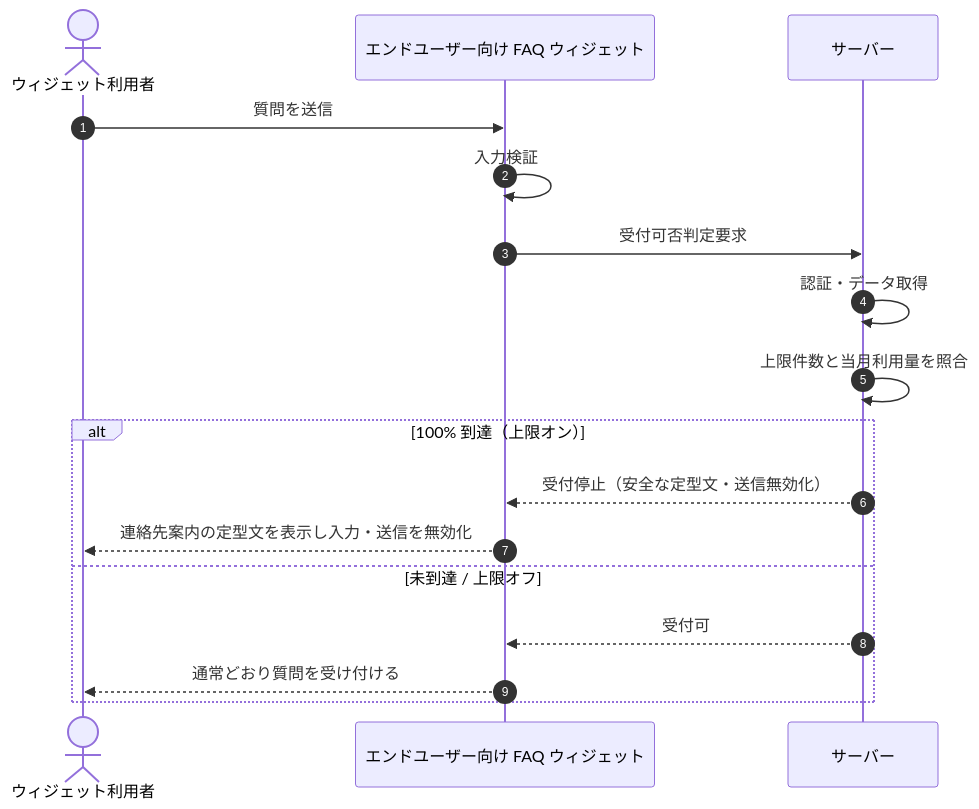
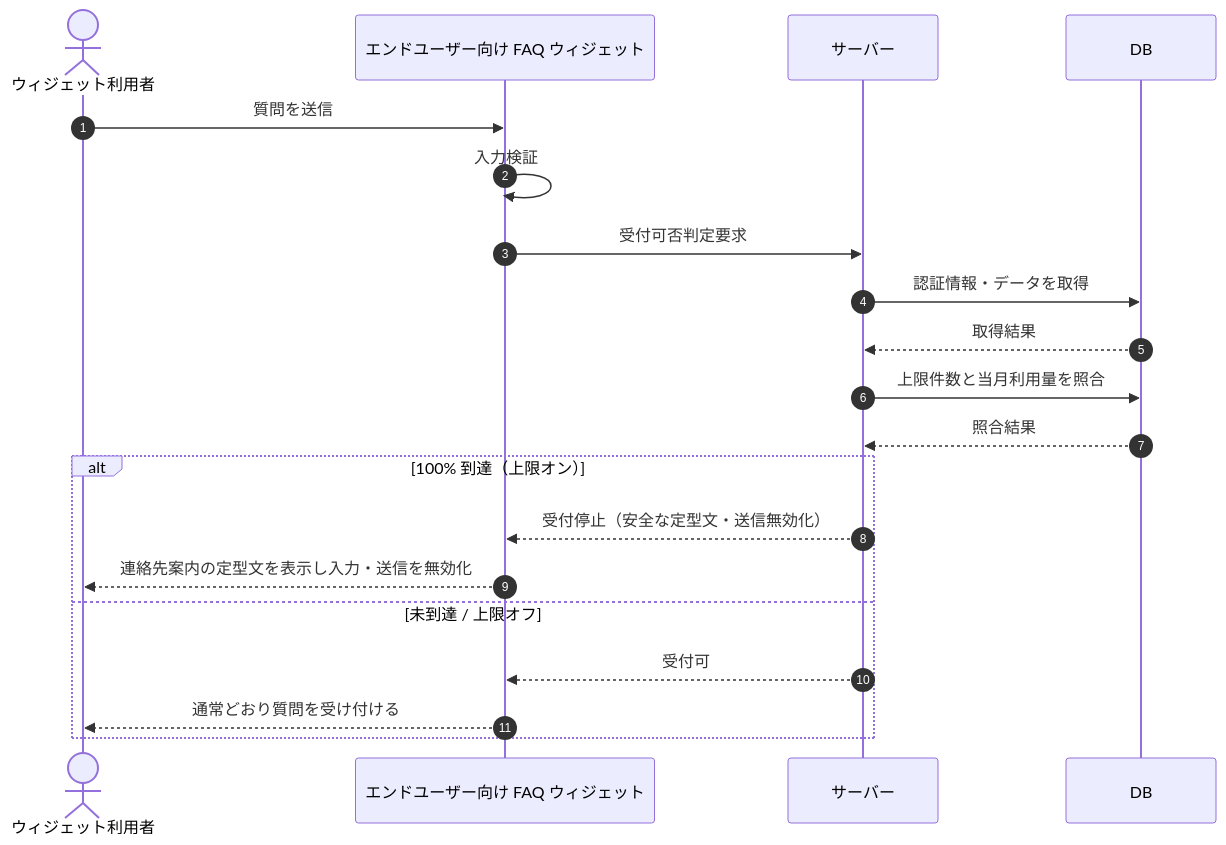
One commit to sikakou54/open-faq changed the diagram in 02_basic_design/03_sequences/SEQ-100.md. Above: the diagram before and after it, drawn with Mermaid. The commit also changed other lines of this file and 122 other files, not shown here.

First line of the commit message:
シーケンス図に DB アクターを追加(DB 操作をサーバー自己メッセージから分離)

````diff
--- a/02_basic_design/03_sequences/SEQ-100.md
+++ b/02_basic_design/03_sequences/SEQ-100.md
@@ -26,19 +26,22 @@
 ```mermaid
 sequenceDiagram
   autonumber
   actor U as ウィジェット利用者
   participant Screen as エンドユーザー向け FAQ ウィジェット
   participant Server as サーバー
+  participant DB as DB
   U->>Screen: 質問を送信
   Screen->>Screen: 入力検証
   Screen->>Server: 受付可否判定要求
-  Server->>Server: 認証・データ取得
-  Server->>Server: 上限件数と当月利用量を照合
+  Server->>DB: 認証情報・データを取得
+  DB-->>Server: 取得結果
+  Server->>DB: 上限件数と当月利用量を照合
+  DB-->>Server: 照合結果
   alt 100% 到達（上限オン）
     Server-->>Screen: 受付停止（安全な定型文・送信無効化）
     Screen-->>U: 連絡先案内の定型文を表示し入力・送信を無効化
   else 未到達 / 上限オフ
     Server-->>Screen: 受付可
     Screen-->>U: 通常どおり質問を受け付ける
   end
 ```
````
